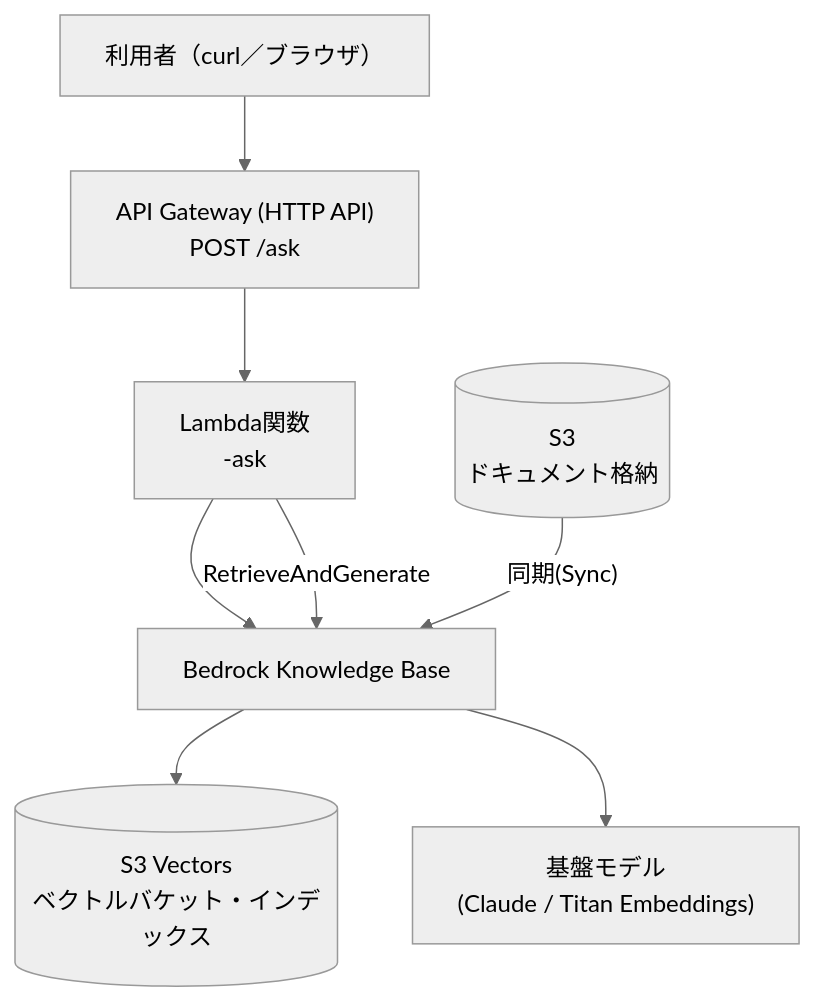
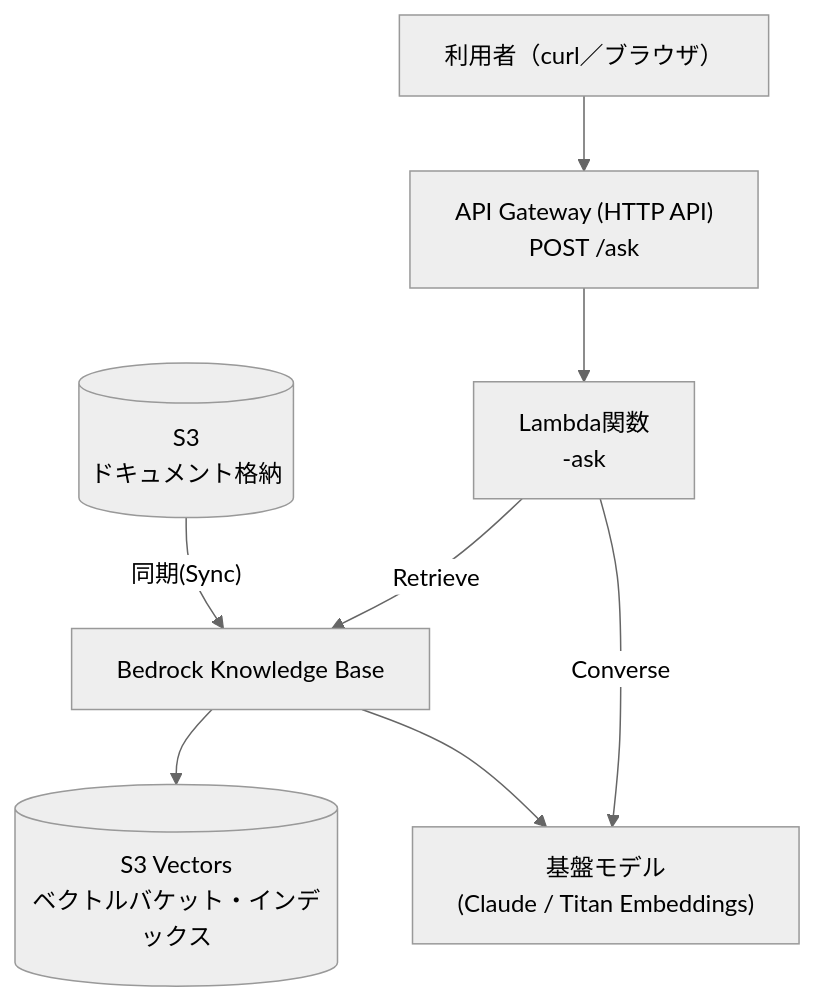
The diagram in docs/manual_console_setup.md (TetsuSuzu/quest-aws-chatbot-basic), drawn with Mermaid (neutral theme) before and after one commit. The commit also changed other lines of this file and 4 other files, not shown here.

````diff
--- a/docs/manual_console_setup.md
+++ b/docs/manual_console_setup.md
@@ -9,16 +9,17 @@
 ```mermaid
 flowchart TB
     WebUser["利用者（curl／ブラウザ）"]
     APIGW["API Gateway (HTTP API)\nPOST /ask"]
     Lambda["Lambda関数\n<project>-ask"]
     KB["Bedrock Knowledge Base"]
     Model["基盤モデル\n(Claude / Titan Embeddings)"]
     S3Docs[("S3\nドキュメント格納")]
     S3V[("S3 Vectors\nベクトルバケット・インデックス")]
 
-    WebUser --> APIGW --> Lambda --> KB
+    WebUser --> APIGW --> Lambda
+    Lambda -- "Retrieve" --> KB
+    Lambda -- "Converse" --> Model
     S3Docs -- "同期(Sync)" --> KB
     KB --> S3V
     KB --> Model
-    Lambda -- "RetrieveAndGenerate" --> KB
 ```
````
